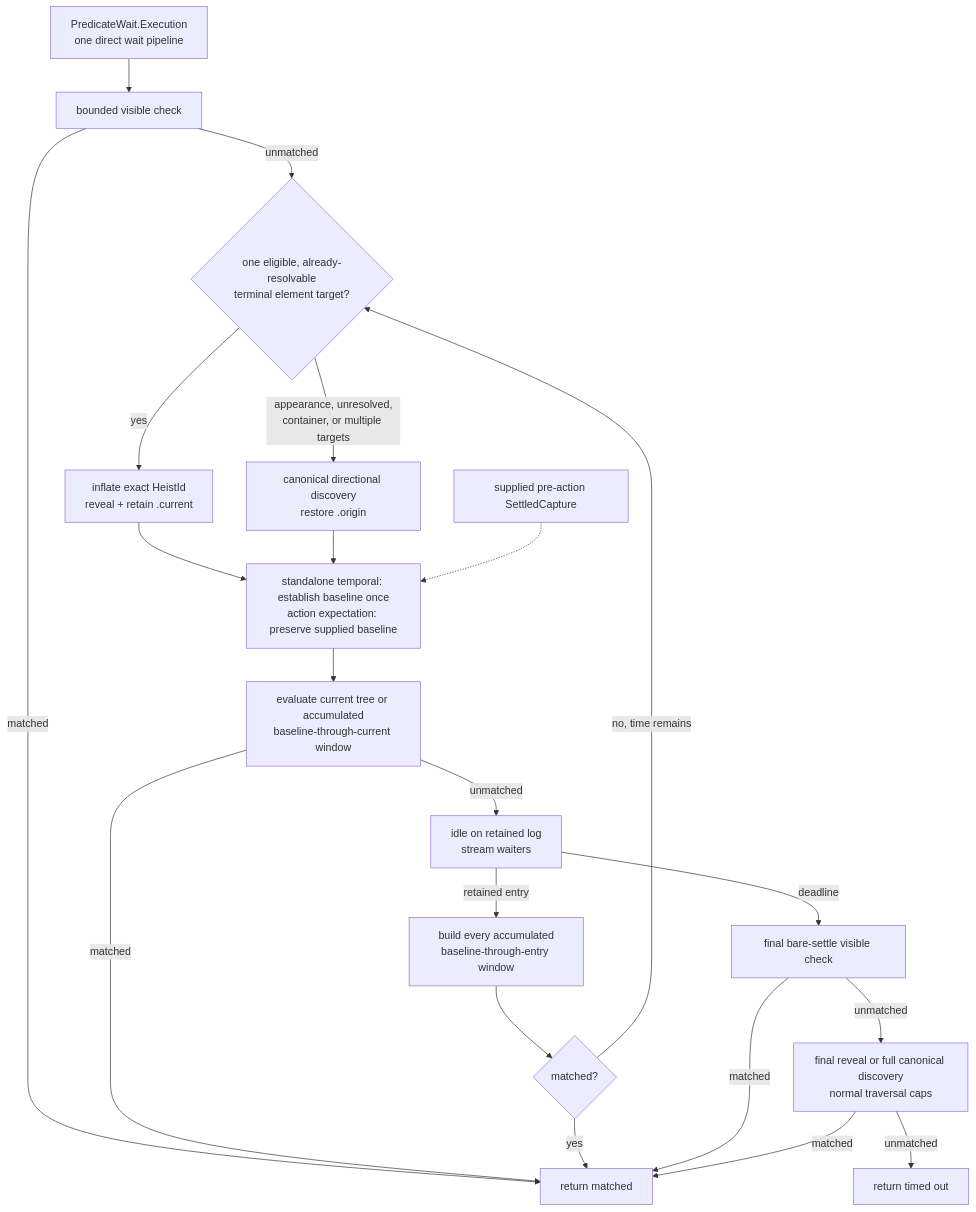
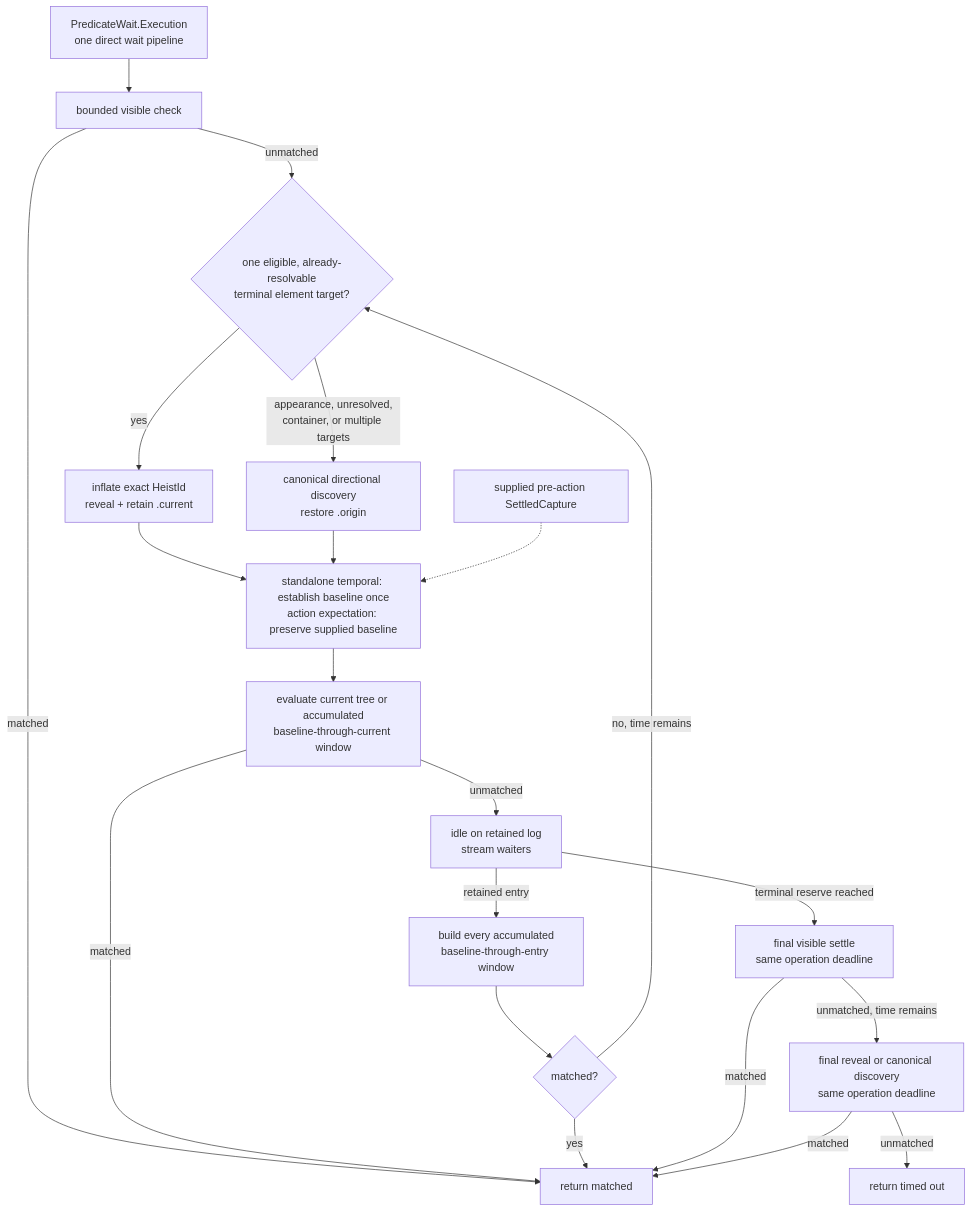
One commit to RoyalPineapple/TheButtonHeist changed the fourth of 5 diagrams in docs/diagrams/observation-pipeline.md. Above: the diagram before and after it, drawn with Mermaid. The commit also changed other lines of this file and 65 other files, not shown here.

````diff
--- a/docs/diagrams/observation-pipeline.md
+++ b/docs/diagrams/observation-pipeline.md
@@ -173,23 +187,23 @@
 ```mermaid
 flowchart TD
     Start["PredicateWait.Execution<br/>one direct wait pipeline"] --> Visible["bounded visible check"]
     Visible -->|matched| Match["return matched"]
     Visible -->|unmatched| Route{"one eligible, already-resolvable<br/>terminal element target?"}
     Route -->|yes| Reveal["inflate exact HeistId<br/>reveal + retain .current"]
     Route -->|appearance, unresolved,<br/>container, or multiple targets| Discovery["canonical directional discovery<br/>restore .origin"]
     Reveal --> Prepare["standalone temporal: establish baseline once<br/>action expectation: preserve supplied baseline"]
     Discovery --> Prepare
     ActionBaseline["supplied pre-action SettledCapture"] -.-> Prepare
     Prepare --> Evaluate["evaluate current tree or accumulated<br/>baseline-through-current window"]
     Evaluate -->|matched| Match
     Evaluate -->|unmatched| Idle["idle on retained log<br/>stream waiters"]
     Idle -->|retained entry| Window["build every accumulated<br/>baseline-through-entry window"]
     Window --> EntryEvaluation{"matched?"}
     EntryEvaluation -->|yes| Match
     EntryEvaluation -->|no, time remains| Route
-    Idle -->|deadline| FinalVisible["final bare-settle visible check"]
+    Idle -->|terminal reserve reached| FinalVisible["final visible settle<br/>same operation deadline"]
     FinalVisible -->|matched| Match
-    FinalVisible -->|unmatched| FinalSearch["final reveal or full canonical discovery<br/>normal traversal caps"]
+    FinalVisible -->|unmatched, time remains| FinalSearch["final reveal or canonical discovery<br/>same operation deadline"]
     FinalSearch -->|matched| Match
     FinalSearch -->|unmatched| Timeout["return timed out"]
 ```
````
